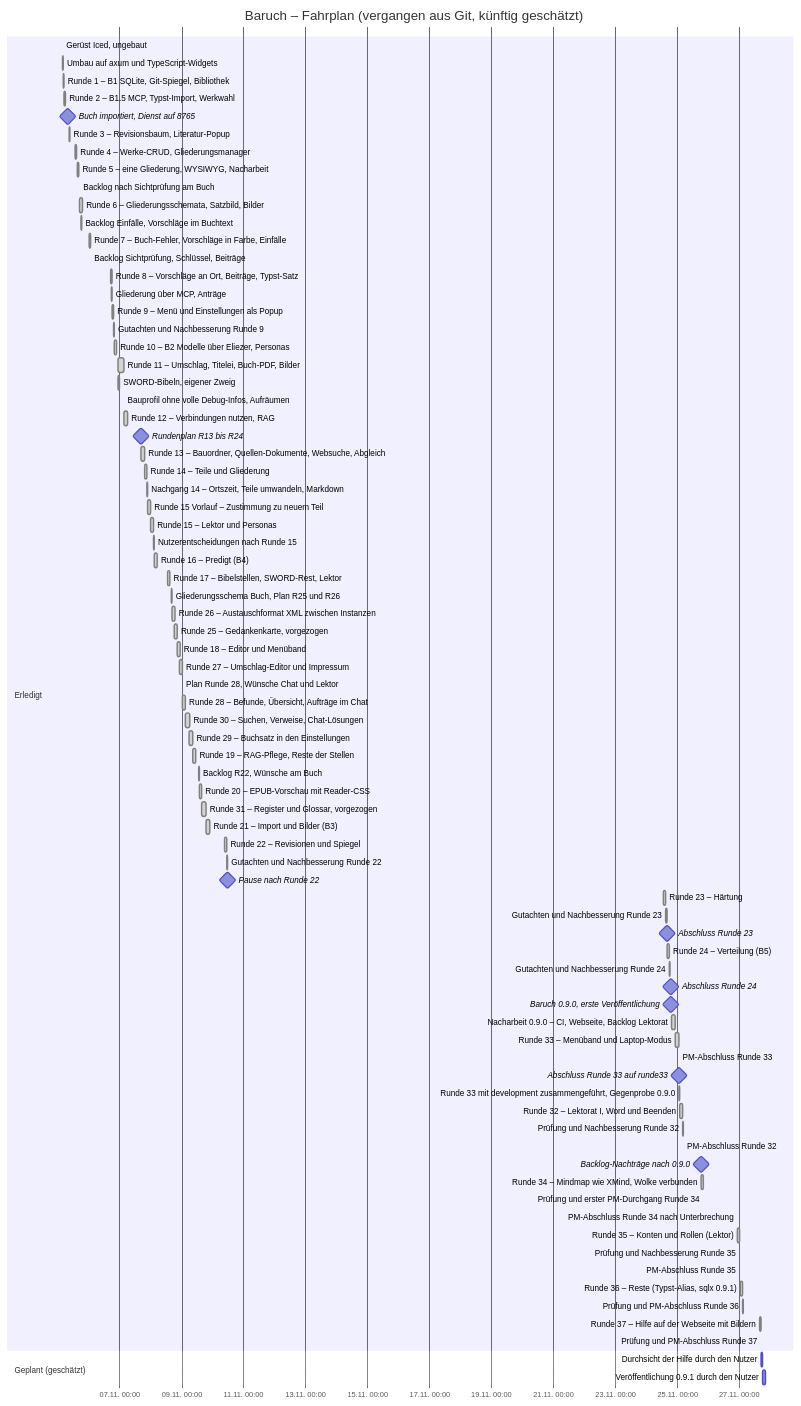
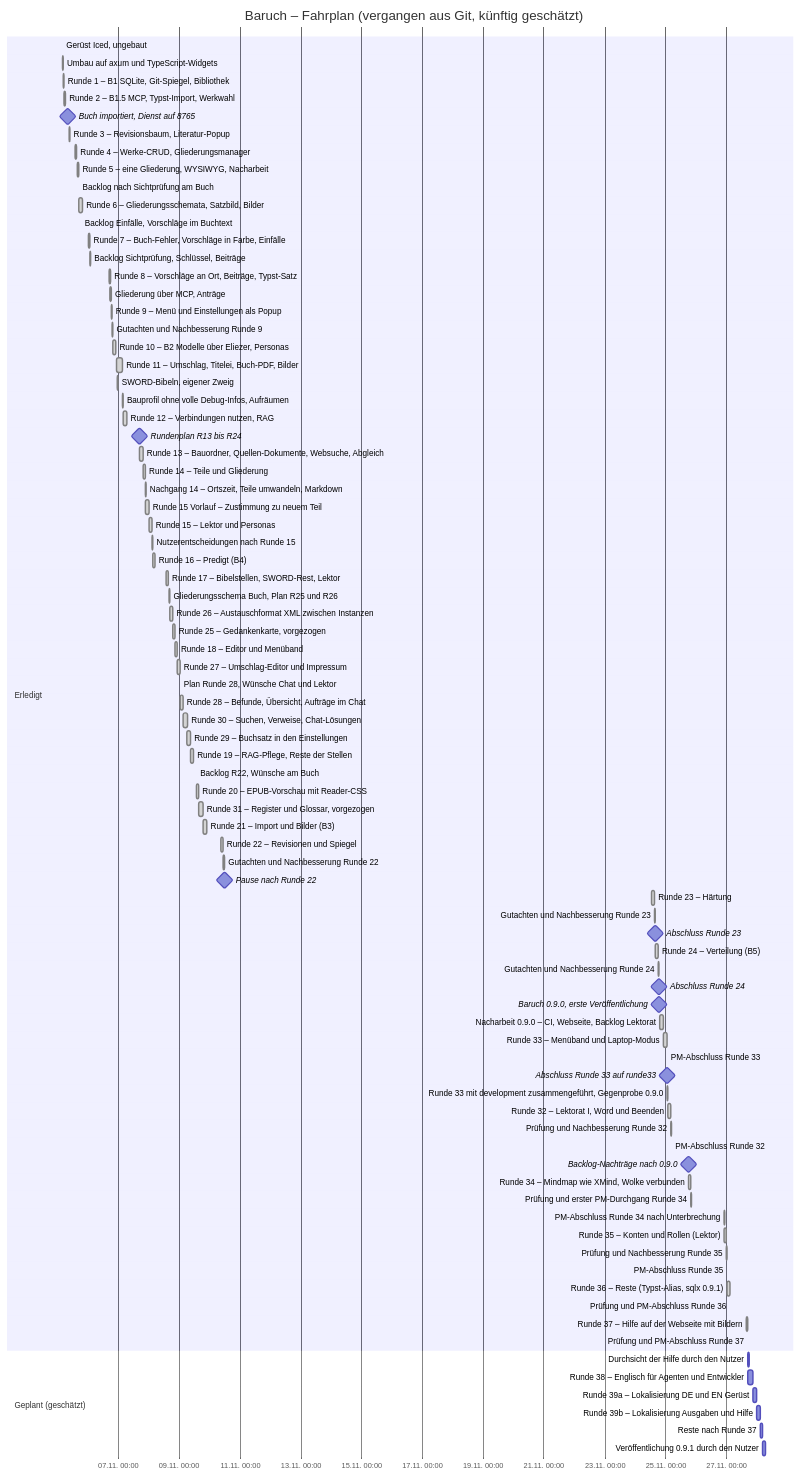
The diagram in docs/Fahrplan.md (Beerlesklopfer/baruch), drawn with Mermaid before and after one commit. The commit also changed other lines of this file and 42 other files, not shown here.

First line of the commit message:
Nachgang Runde 37: Webseite mehrsprachig angelegt (site/content/de/, Adressen unverändert), Runden 38 (Englisch für Agenten und Entwickler) und 39 (Oberfläche DE/EN) vor 0.9.1 in Fahrplan und Backlog

````diff
--- a/docs/Fahrplan.md
+++ b/docs/Fahrplan.md
@@ -99,5 +99,9 @@
 
     section Geplant (geschätzt)
     Durchsicht der Hilfe durch den Nutzer         :dh37, after r37p, 60m
-    Veröffentlichung 0.9.1 durch den Nutzer       :rel091, after dh37, 130m
+    Runde 38 – Englisch für Agenten und Entwickler :r38, after r37p, 240m
+    Runde 39a – Lokalisierung DE und EN Gerüst    :r39a, after r38, 180m
+    Runde 39b – Lokalisierung Ausgaben und Hilfe  :r39b, after r39a, 180m
+    Reste nach Runde 37                           :rest37, after r39b, 100m
+    Veröffentlichung 0.9.1 durch den Nutzer       :rel091, after rest37, 130m
 ```
````
